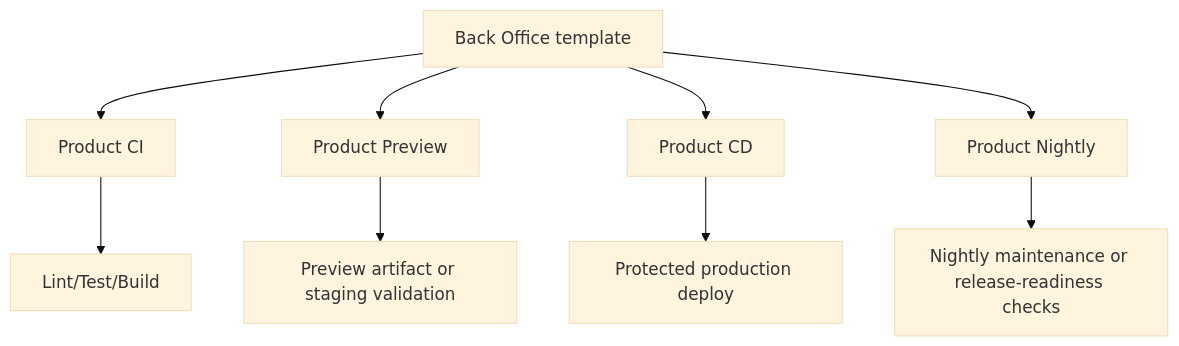
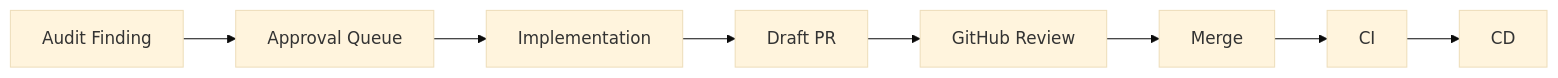
Before and after one commit to CodyJo/qa-department: the fourth of 4 diagrams in docs/CICD-REFERENCE.md, drawn with Mermaid (base theme). The commit also changed other lines of this file and 3 other files, not shown here.

Commit message:
docs: refresh approval workflow and architecture

````diff
--- a/docs/CICD-REFERENCE.md
+++ b/docs/CICD-REFERENCE.md
@@ -86,11 +137,10 @@
 ```mermaid
-flowchart TD
-    A[Back Office template] --> B[Product CI]
-    A --> C[Product Preview]
-    A --> D[Product CD]
-    A --> E[Product Nightly]
-    B --> F[Lint/Test/Build]
-    C --> G[Preview artifact or staging validation]
-    D --> H[Protected production deploy]
-    E --> I[Nightly maintenance or release-readiness checks]
+flowchart LR
+    A[Audit Finding] --> B[Approval Queue]
+    B --> C[Implementation]
+    C --> D[Draft PR]
+    D --> E[GitHub Review]
+    E --> F[Merge]
+    F --> G[CI]
+    G --> H[CD]
 ```
````
